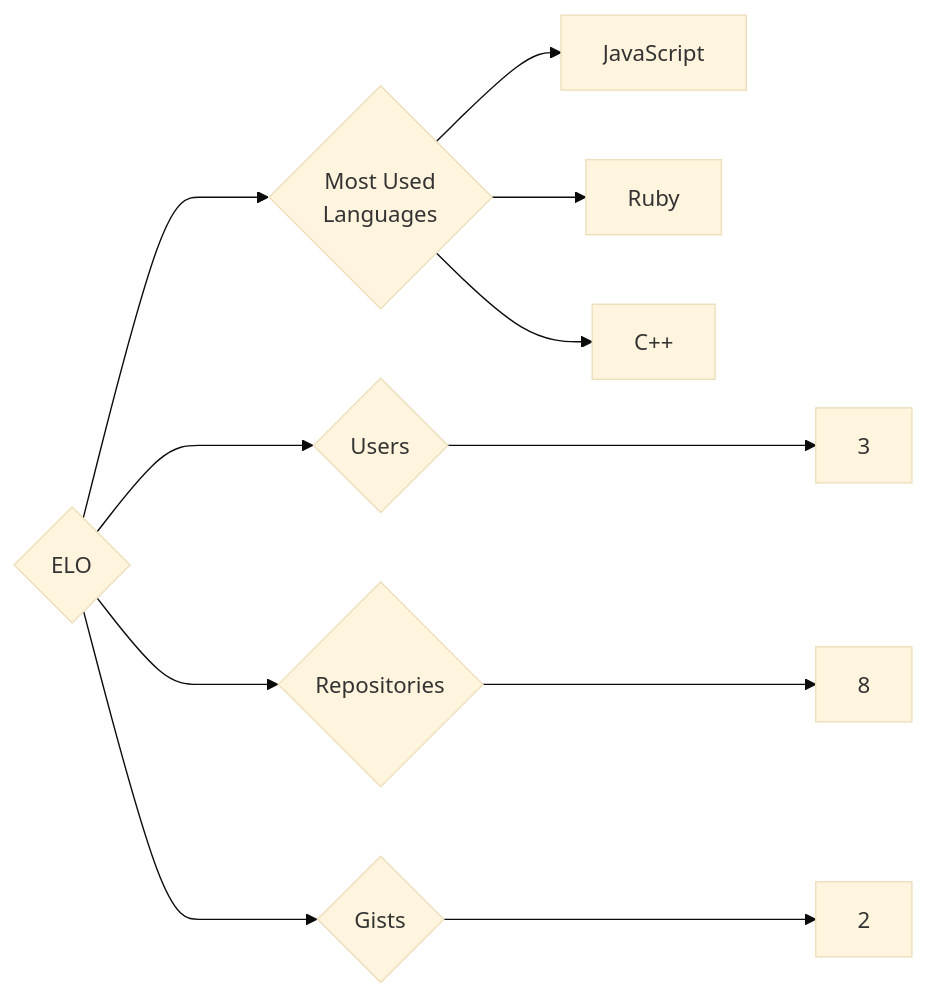
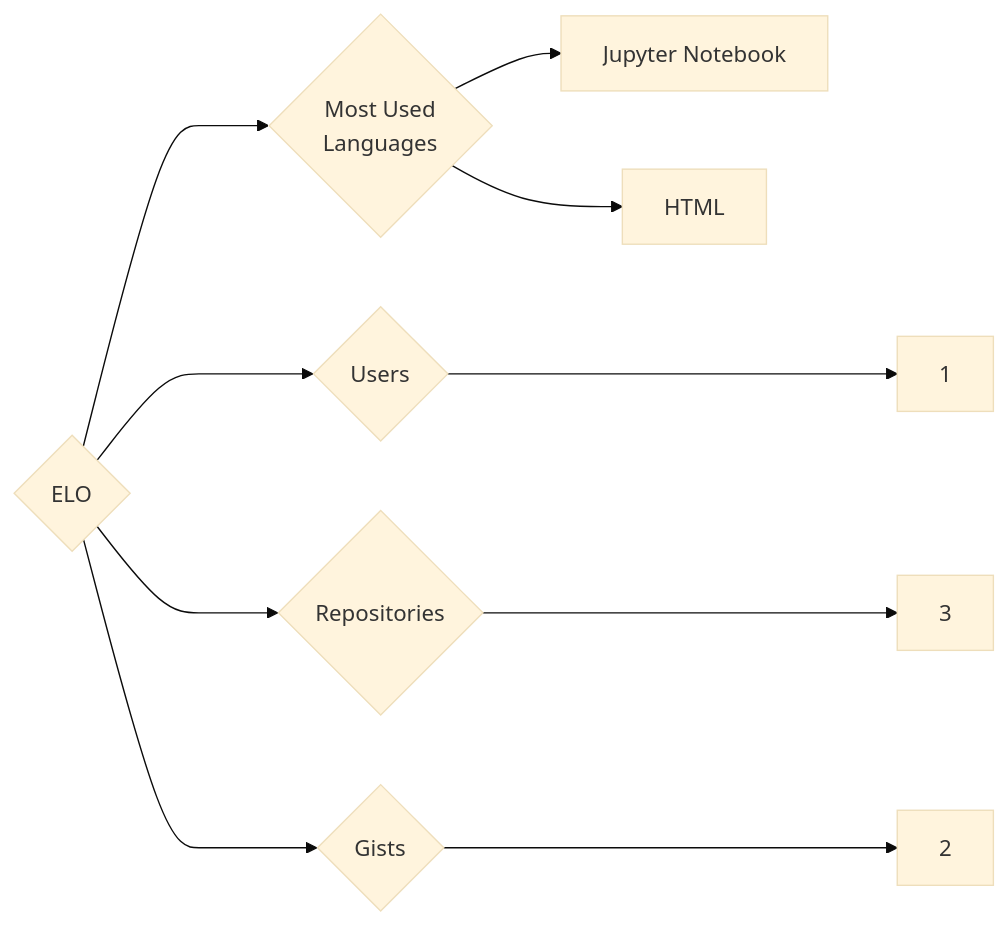
The diagram in targets/ELO/README.md (trickest/insiders), drawn with Mermaid (base theme) before and after one commit. The commit also changed 1123 other files, not shown here.

````diff
--- a/targets/ELO/README.md
+++ b/targets/ELO/README.md
@@ -3,11 +3,10 @@
 ```mermaid
 graph LR
 COMPANY_NAME{ELO}
-COMPANY_NAME ---> U{Users} ---> UN[3]
-COMPANY_NAME ---> R{Repositories} ---> RN[8]
+COMPANY_NAME ---> U{Users} ---> UN[1]
+COMPANY_NAME ---> R{Repositories} ---> RN[3]
 COMPANY_NAME ---> G{Gists} ---> GN[2]
 COMPANY_NAME ---> ML{Most Used<br>Languages}
-ML --> JavaScript[JavaScript]
-ML --> Ruby[Ruby]
-ML --> C++[C++]
+ML --> Jupyter_Notebook[Jupyter Notebook]
+ML --> HTML[HTML]
 ```
````
